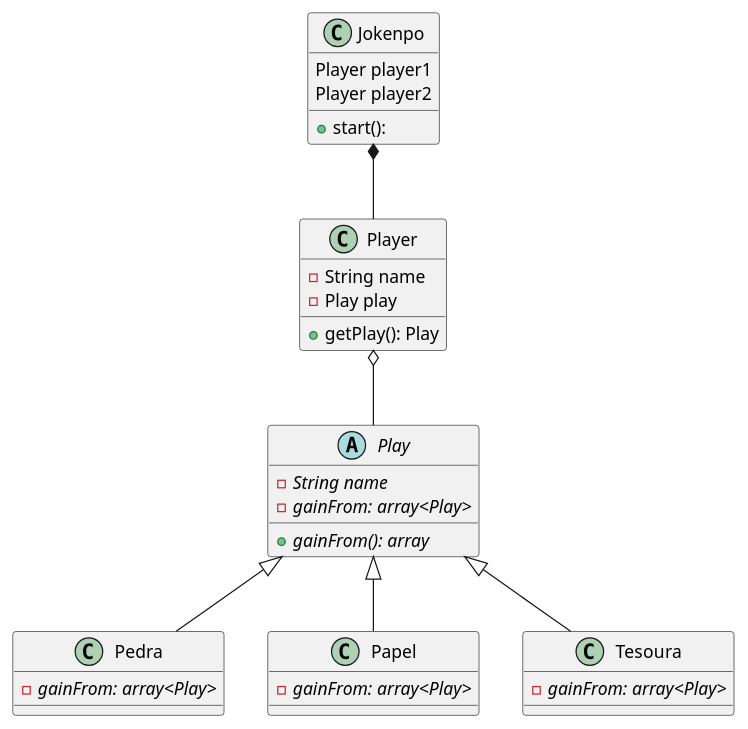
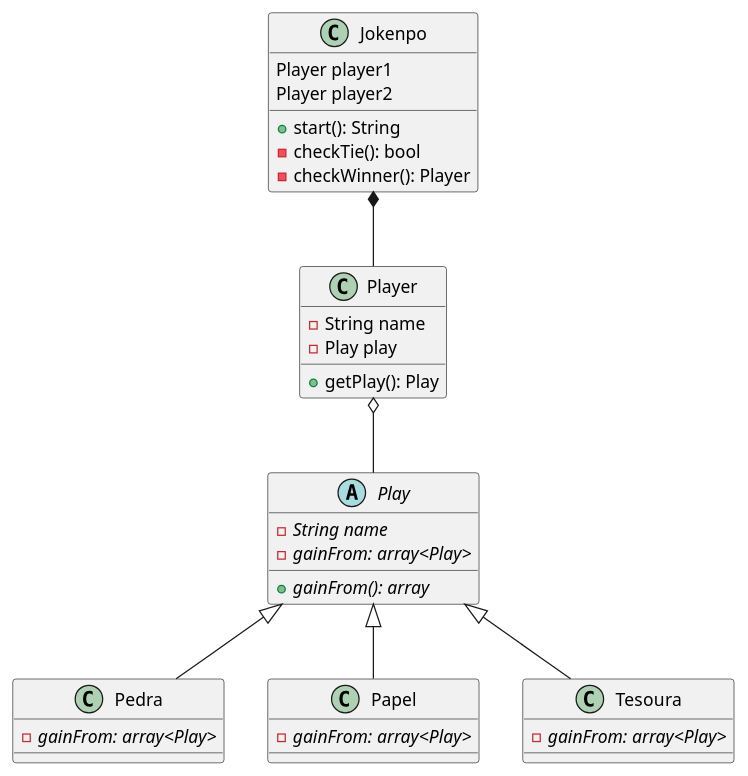
Before and after one commit to rafael-neris/ge-cleancode-tdd: the diagram in .docs/jokenpo.puml, drawn with PlantUML. The commit also changed 1 other file, not shown here.

```diff
--- a/.docs/jokenpo.puml
+++ b/.docs/jokenpo.puml
@@ -1,38 +1,40 @@
 @startuml
 class Jokenpo {
     Player player1
     Player player2
-    + {method} start():
+    + {method} start(): String
+    - checkTie(): bool
+    - checkWinner(): Player
 }
 
 class Player {
     - String name
     - Play play
     + {method} getPlay(): Play
 }
 
 abstract Play {
     - {abstract} String name
     - {abstract} gainFrom: array<Play>
     + {abstract} {method} gainFrom(): array
 }
 
 class Pedra {
     - {abstract} gainFrom: array<Play>
 }
 
 class Papel {
     - {abstract} gainFrom: array<Play>
 }
 
 class Tesoura {
     - {abstract} gainFrom: array<Play>
 }
 
 Play <|-- Pedra
 Play <|-- Papel
 Play <|-- Tesoura
 
 Player o-- Play
 Jokenpo *-- Player
 @enduml
```
